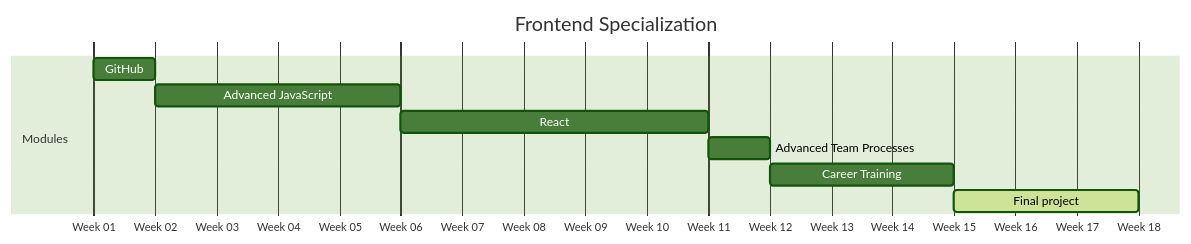
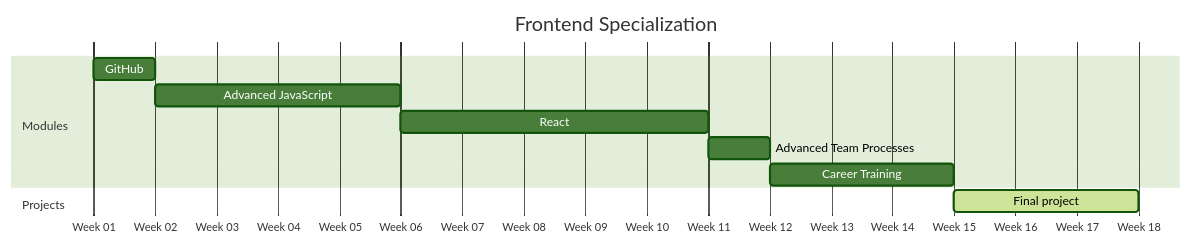
One commit to HackYourFuture-CPH/program changed the diagram in courses/Frontend/README.md. Above: the diagram before and after it, drawn with Mermaid (forest theme). The commit also changed 2 other files, not shown here.

````diff
--- a/courses/Frontend/README.md
+++ b/courses/Frontend/README.md
@@ -8,14 +8,16 @@
 ```mermaid
 gantt
     title Frontend Specialization
     dateFormat  YYYY-MM-DD
     axisFormat  Week %U
 
     section Modules
     GitHub                      :a1, 2025-01-05, 1w
     Advanced JavaScript         :a2, after a1, 4w
     React                       :a3, after a2, 5w
     Advanced Team Processes     :a4, after a3, 1w
     Career Training             :a5, after a4, 3w
+
+    section Projects
     Final project               :active, a6, after a5, 3w
 ```
````
